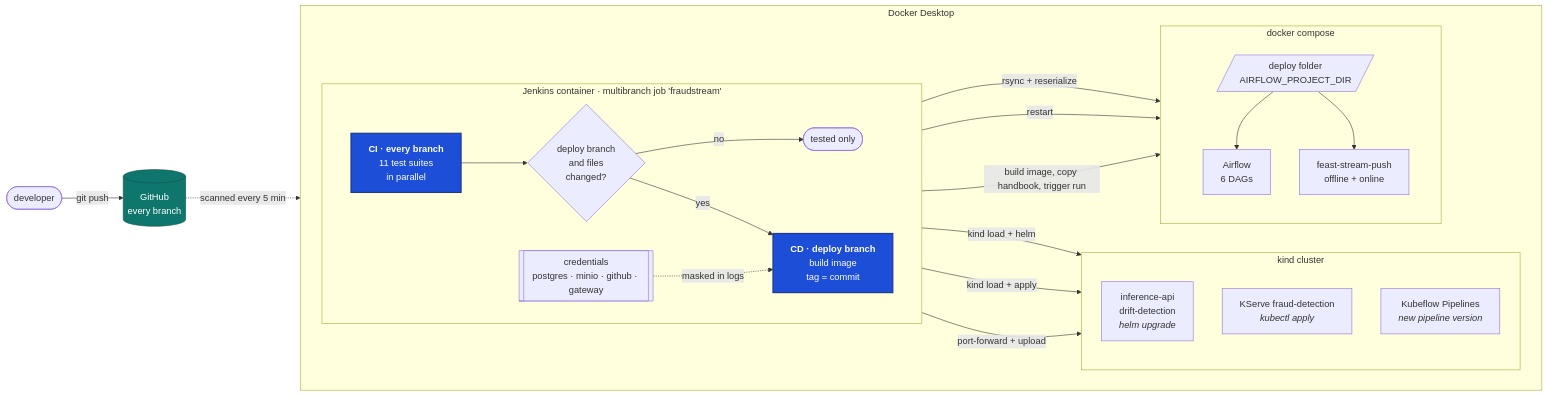
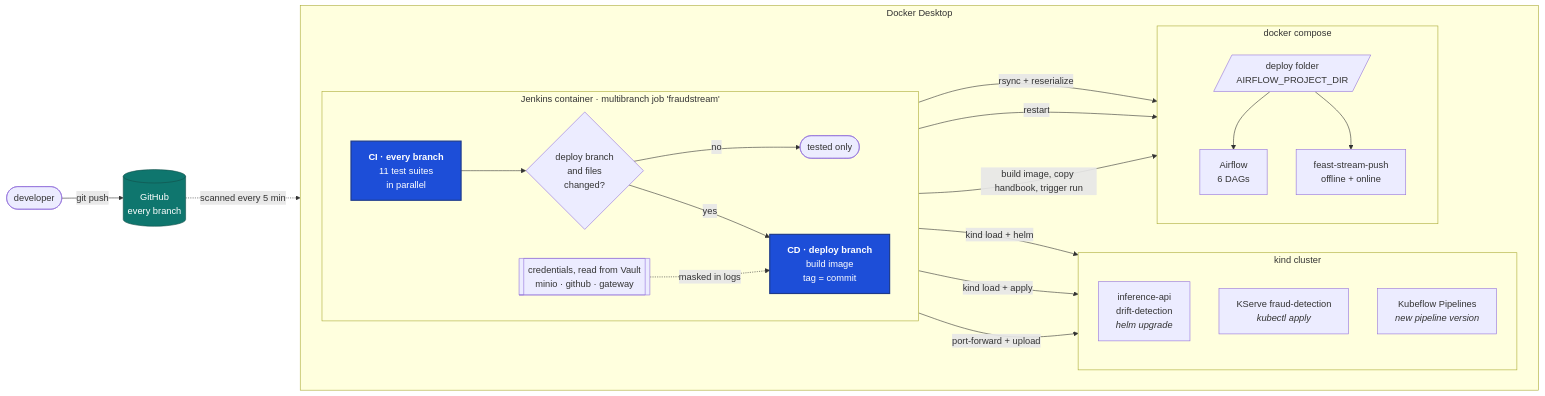
One commit to hiendat04/fraudstream changed the first of 2 diagrams in docs/ml/23_ci_cd.md. Above: the diagram before and after it, drawn with Mermaid. The commit also changed other lines of this file and 24 other files, not shown here.

First line of the commit message:
feat(secrets): Ansible and the GKE deploy read Vault, and the security doc

````diff
--- a/docs/ml/23_ci_cd.md
+++ b/docs/ml/23_ci_cd.md
@@ -10,50 +11,50 @@
 ```mermaid
 flowchart LR
     DEV(["developer"]) -- "git push" --> GH[("GitHub<br/>every branch")]
     GH -. "scanned every 5 min" .-> CI
 
     subgraph HOST["Docker Desktop"]
         direction LR
 
         subgraph JENKINS["Jenkins container · multibranch job 'fraudstream'"]
             direction LR
             CI["<b>CI · every branch</b><br/>11 test suites<br/>in parallel"]
             GATE{"deploy branch<br/>and files<br/>changed?"}
             STOP(["tested only"])
             CD["<b>CD · deploy branch</b><br/>build image<br/>tag = commit"]
-            CRED[["credentials<br/>postgres · minio · github · gateway"]]
+            CRED[["credentials, read from Vault<br/>minio · github · gateway"]]
             CI --> GATE
             GATE -- no --> STOP
             GATE -- yes --> CD
             CRED -. "masked in logs" .-> CD
         end
 
         subgraph KIND["kind cluster"]
             direction TB
             APIS["inference-api<br/>drift-detection<br/><i>helm upgrade</i>"]
             MODEL["KServe fraud-detection<br/><i>kubectl apply</i>"]
             KFP["Kubeflow Pipelines<br/><i>new pipeline version</i>"]
         end
 
         subgraph COMPOSE["docker compose"]
             direction TB
             TREE[/"deploy folder<br/>AIRFLOW_PROJECT_DIR"/]
             AF["Airflow<br/>6 DAGs"]
             SP["feast-stream-push<br/>offline + online"]
             TREE --> AF
             TREE --> SP
         end
     end
 
     CD -- "kind load + helm" --> APIS
     CD -- "kind load + apply" --> MODEL
     CD -- "port-forward + upload" --> KFP
     CD -- "rsync + reserialize" --> TREE
     CD -- "restart" --> SP
     CD -- "build image, copy handbook, trigger run" --> AF
 
     classDef key fill:#1d4ed8,stroke:#1e3a8a,stroke-width:2px,color:#ffffff
     classDef store fill:#0f766e,stroke:#134e4a,color:#ffffff
     class CI,CD key
     class GH store
 ```
````
